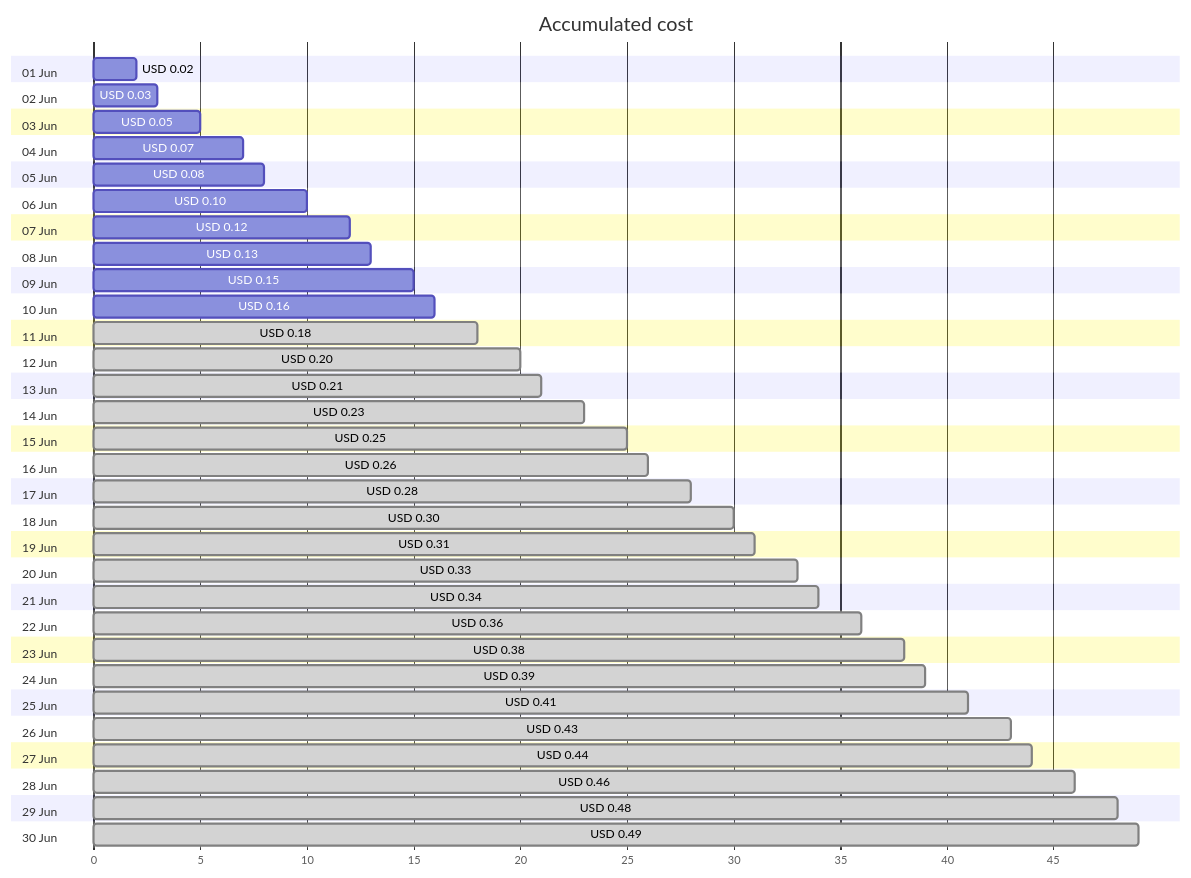
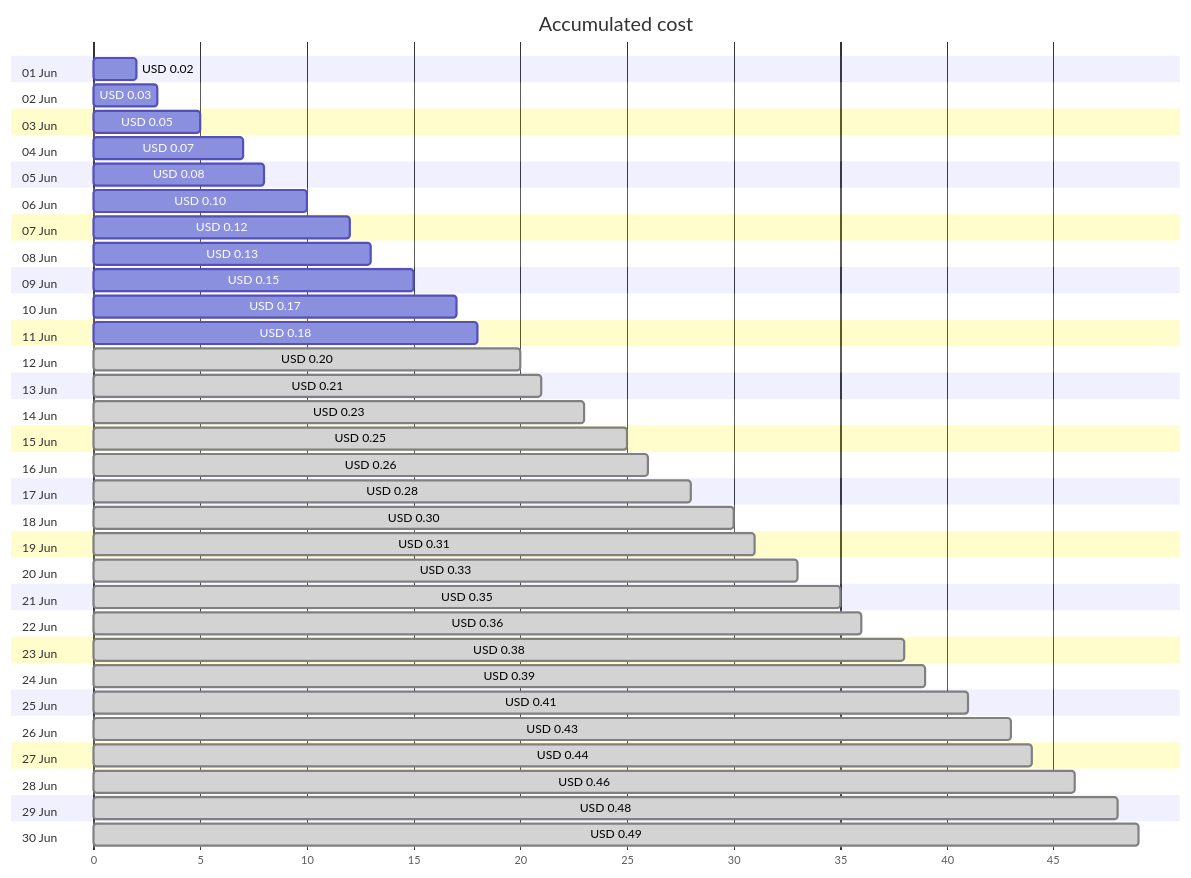
The first of 4 diagrams in cost-reports/personal-dns/jpatrickfulton.dev.md (jpfulton/azure-personal-reports), drawn with Mermaid before and after one commit. The commit also changed other lines of this file and 2 other files, not shown here.

````diff
--- a/cost-reports/personal-dns/jpatrickfulton.dev.md
+++ b/cost-reports/personal-dns/jpatrickfulton.dev.md
@@ -20,66 +20,66 @@
 ```mermaid
 gantt
    title Accumulated cost
    dateFormat  X
    axisFormat %s
    section 01 Jun
    USD 0.02 :0, 2
    section 02 Jun
    USD 0.03 :0, 3
    section 03 Jun
    USD 0.05 :0, 5
    section 04 Jun
    USD 0.07 :0, 7
    section 05 Jun
    USD 0.08 :0, 8
    section 06 Jun
    USD 0.10 :0, 10
    section 07 Jun
    USD 0.12 :0, 12
    section 08 Jun
    USD 0.13 :0, 13
    section 09 Jun
    USD 0.15 :0, 15
    section 10 Jun
-   USD 0.16 :0, 16
+   USD 0.17 :0, 17
    section 11 Jun
-   USD 0.18 : done, 0, 18
+   USD 0.18 :0, 18
    section 12 Jun
    USD 0.20 : done, 0, 20
    section 13 Jun
    USD 0.21 : done, 0, 21
    section 14 Jun
    USD 0.23 : done, 0, 23
    section 15 Jun
    USD 0.25 : done, 0, 25
    section 16 Jun
    USD 0.26 : done, 0, 26
    section 17 Jun
    USD 0.28 : done, 0, 28
    section 18 Jun
    USD 0.30 : done, 0, 30
    section 19 Jun
    USD 0.31 : done, 0, 31
    section 20 Jun
    USD 0.33 : done, 0, 33
    section 21 Jun
-   USD 0.34 : done, 0, 34
+   USD 0.35 : done, 0, 35
    section 22 Jun
    USD 0.36 : done, 0, 36
    section 23 Jun
    USD 0.38 : done, 0, 38
    section 24 Jun
    USD 0.39 : done, 0, 39
    section 25 Jun
    USD 0.41 : done, 0, 41
    section 26 Jun
    USD 0.43 : done, 0, 43
    section 27 Jun
    USD 0.44 : done, 0, 44
    section 28 Jun
    USD 0.46 : done, 0, 46
    section 29 Jun
    USD 0.48 : done, 0, 48
    section 30 Jun
    USD 0.49 : done, 0, 49
 ```
````
